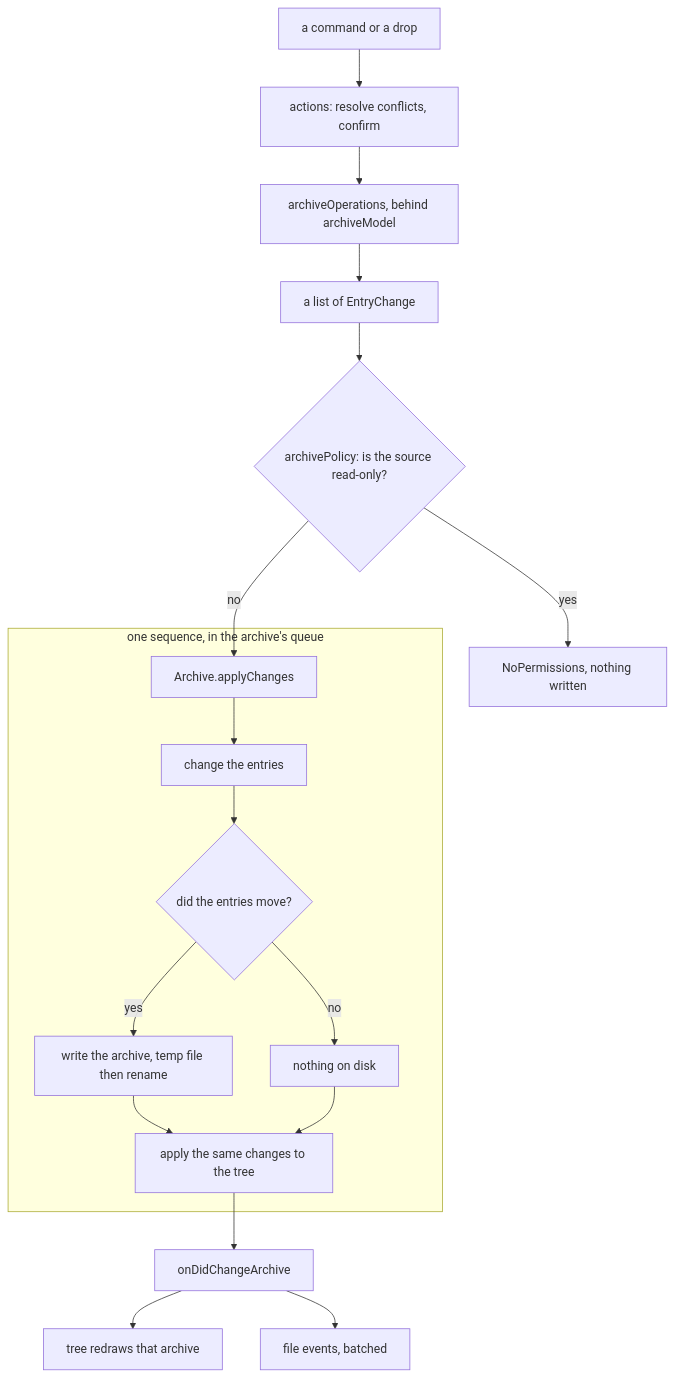
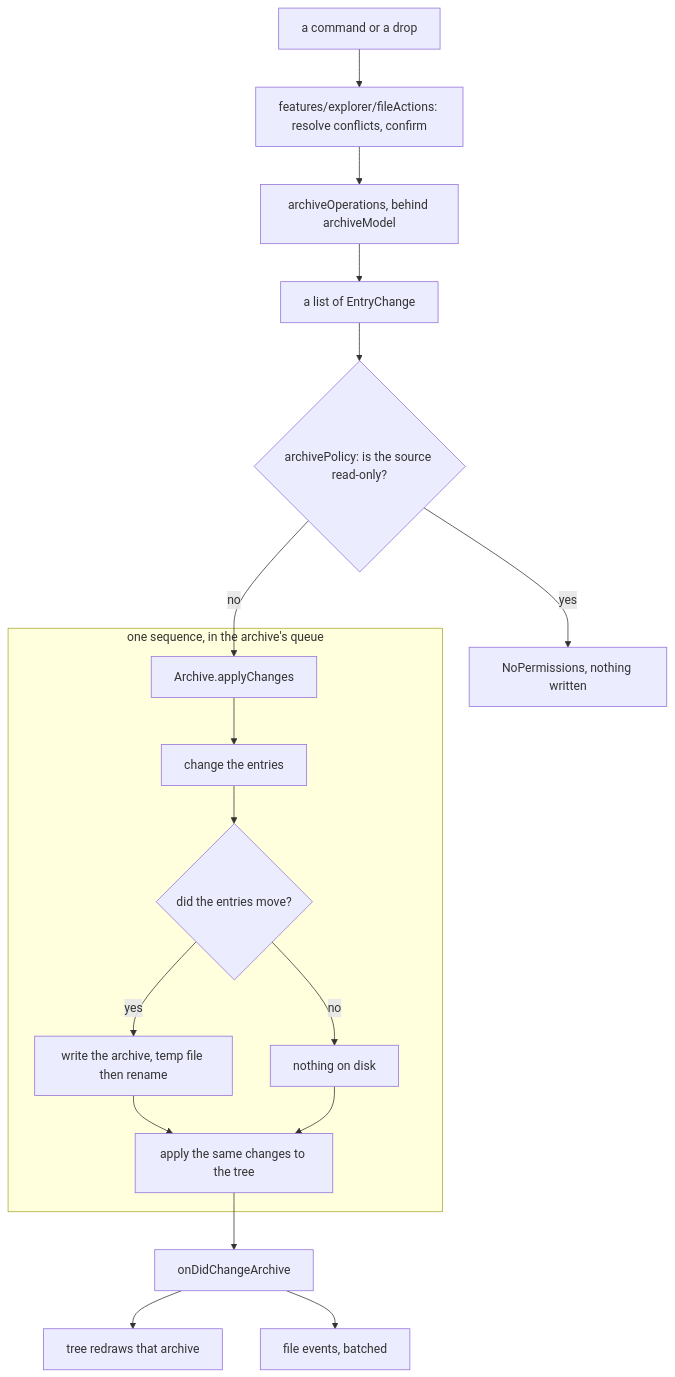
Before and after one commit to max-bronner/bigfs: the sixth of 7 diagrams in docs/architecture.md, drawn with Mermaid. The commit also changed other lines of this file and 3 other files, not shown here.

````diff
--- a/docs/architecture.md
+++ b/docs/architecture.md
@@ -268,22 +303,22 @@
 ```mermaid
 flowchart TD
-  CMD["a command or a drop"] --> ACT["actions: resolve conflicts, confirm"]
+  CMD["a command or a drop"] --> ACT["features/explorer/fileActions: resolve conflicts, confirm"]
   ACT --> OP["archiveOperations, behind archiveModel"]
   OP --> PLAN["a list of EntryChange"]
   PLAN --> POLICY{"archivePolicy: is the source read-only?"}
   POLICY -->|yes| DENY["NoPermissions, nothing written"]
   POLICY -->|no| APPLY["Archive.applyChanges"]
 
   subgraph runner["one sequence, in the archive's queue"]
     APPLY --> ENT["change the entries"]
     ENT --> NEED{"did the entries move?"}
     NEED -->|yes| WRITE["write the archive, temp file then rename"]
     NEED -->|no| SKIP["nothing on disk"]
     WRITE --> TREE["apply the same changes to the tree"]
     SKIP --> TREE
   end
 
   TREE --> EVENT["onDidChangeArchive"]
   EVENT --> TDP["tree redraws that archive"]
   EVENT --> FSP["file events, batched"]
 ```
````
